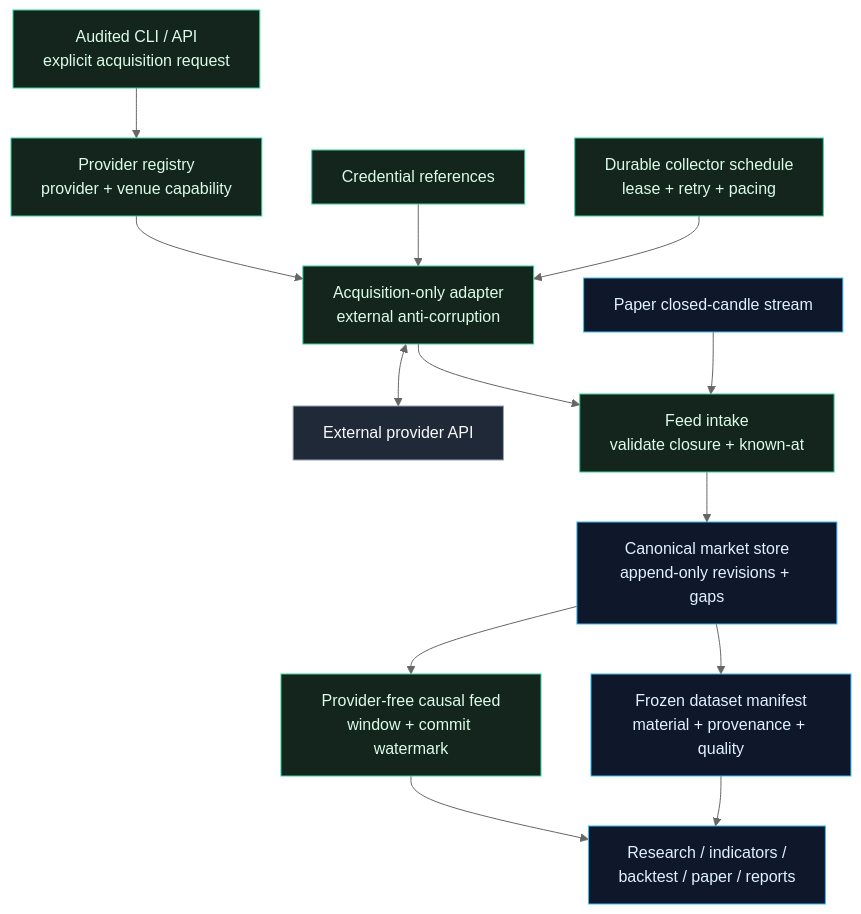
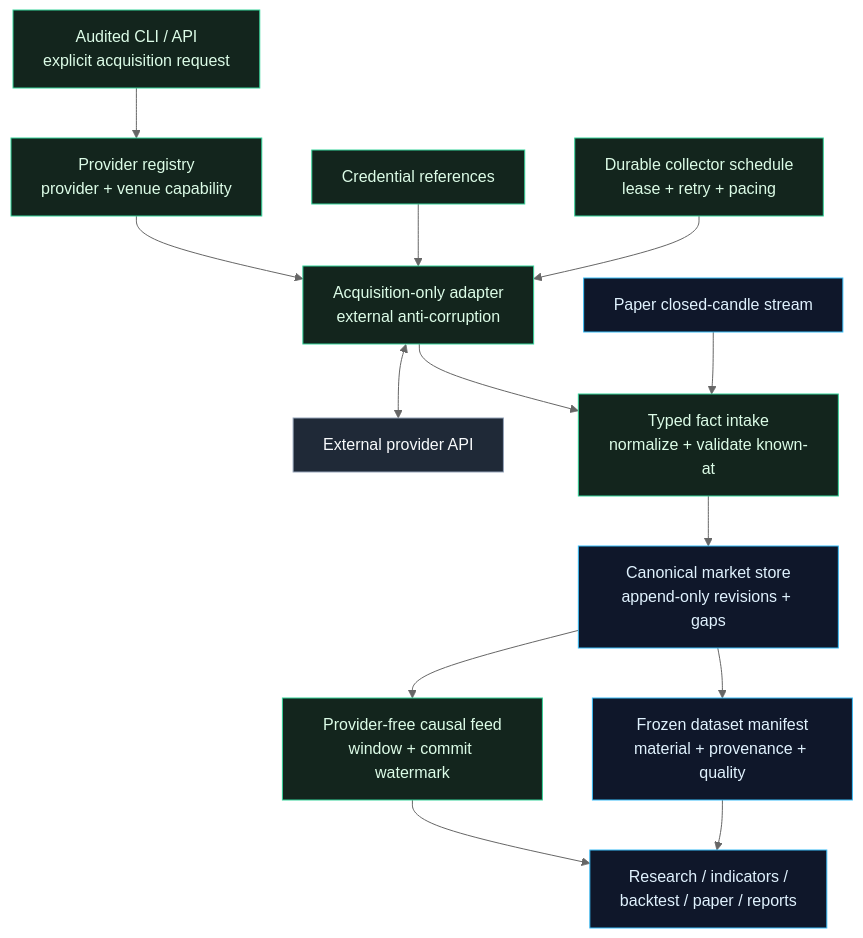
One commit to elijahbrookss/quant-trad changed the diagram in docs/architecture/data/diagrams/data-boundary-flow.mmd. Above: the diagram before and after it, drawn with Mermaid (neutral theme). The commit also changed 6 other files, not shown here.

```diff
--- a/docs/architecture/data/diagrams/data-boundary-flow.mmd
+++ b/docs/architecture/data/diagrams/data-boundary-flow.mmd
@@ -1,33 +1,33 @@
 flowchart TD
     request["Audited CLI / API<br/>explicit acquisition request"]
     registry["Provider registry<br/>provider + venue capability"]
     adapter["Acquisition-only adapter<br/>external anti-corruption"]
     credentials["Credential references"]
     api["External provider API"]
-    normalize["Feed intake<br/>validate closure + known-at"]
+    normalize["Typed fact intake<br/>normalize + validate known-at"]
     stream["Paper closed-candle stream"]
     scheduler["Durable collector schedule<br/>lease + retry + pacing"]
     store["Canonical market store<br/>append-only revisions + gaps"]
     feed["Provider-free causal feed<br/>window + commit watermark"]
     dataset["Frozen dataset manifest<br/>material + provenance + quality"]
     consumers["Research / indicators /<br/>backtest / paper / reports"]
 
     request --> registry
     registry --> adapter
     credentials --> adapter
     adapter <--> api
     adapter --> normalize
     stream --> normalize
     scheduler --> adapter
     normalize --> store
     store --> feed
     store --> dataset
     feed --> consumers
     dataset --> consumers
 
     classDef boundary fill:#13251d,stroke:#34d399,color:#dcfce7
     classDef truth fill:#0f172a,stroke:#38bdf8,color:#e0f2fe
     classDef external fill:#1f2937,stroke:#94a3b8,color:#f8fafc
     class request,registry,adapter,credentials,normalize,feed,scheduler boundary
     class stream,store,dataset,consumers truth
     class api external
```
